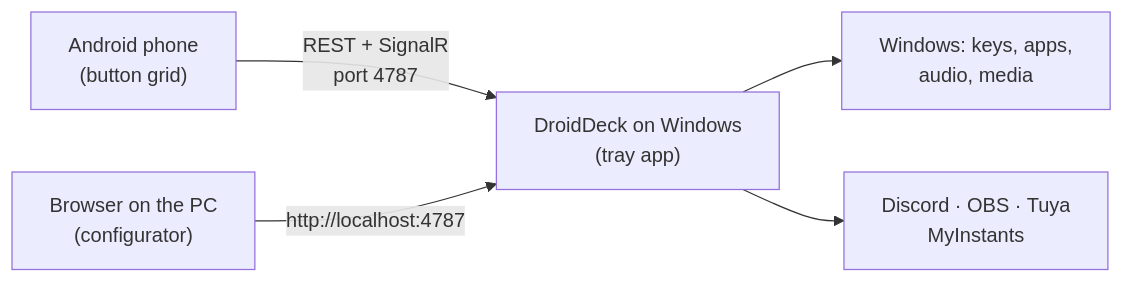
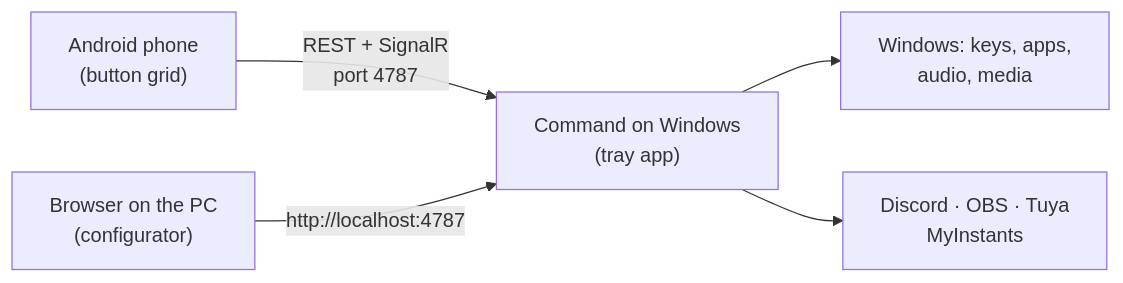
Before and after one commit to playertwo1/Command: the diagram in website/docs/en/index.md, drawn with Mermaid. The commit also changed other lines of this file and 716 other files, not shown here.

Commit message:
refactor: rename DroidDeck branding to Command

````diff
--- a/website/docs/en/index.md
+++ b/website/docs/en/index.md
@@ -33,7 +33,7 @@
 ```mermaid
 flowchart LR
-  phone["Android phone<br/>(button grid)"] -- "REST + SignalR<br/>port 4787" --> pc["DroidDeck on Windows<br/>(tray app)"]
+  phone["Android phone<br/>(button grid)"] -- "REST + SignalR<br/>port 4787" --> pc["Command on Windows<br/>(tray app)"]
   browser["Browser on the PC<br/>(configurator)"] -- "http://localhost:4787" --> pc
   pc --> win["Windows: keys, apps,<br/>audio, media"]
   pc --> ext["Discord · OBS · Tuya<br/>MyInstants"]
 ```
````
